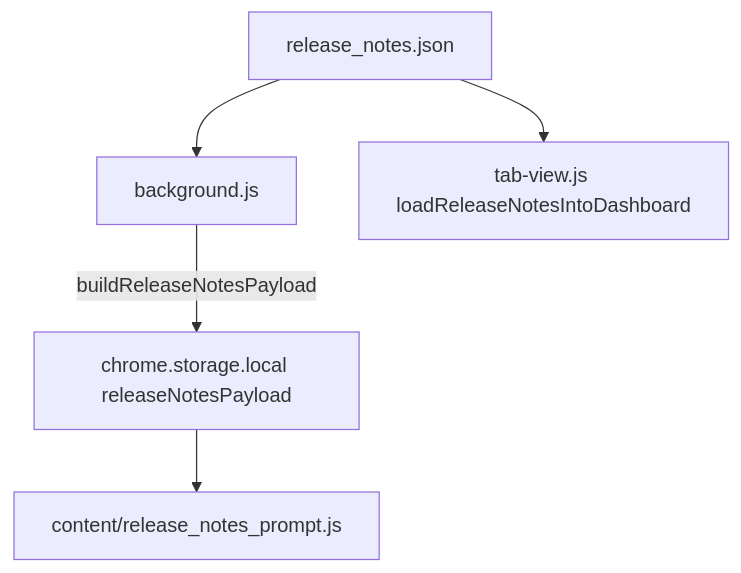
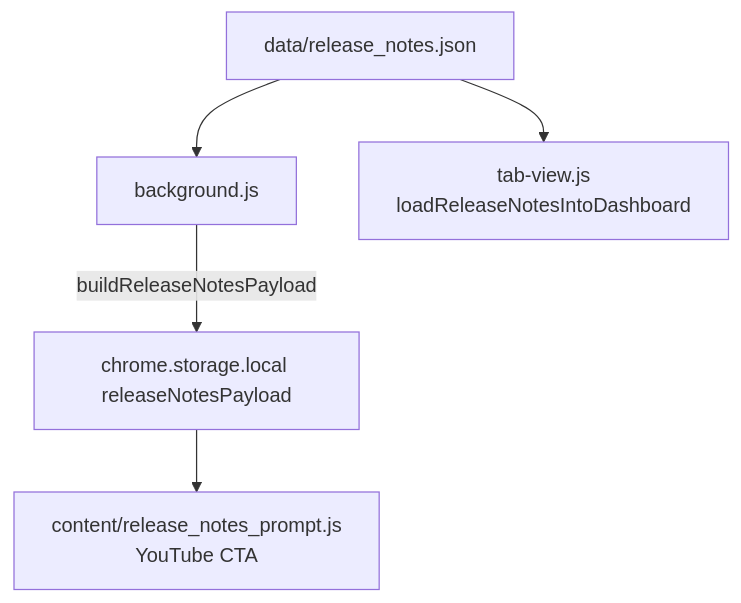
One commit to varshneydevansh/FilterTube changed the fifth of 7 diagrams in docs/TECHNICAL.md. Above: the diagram before and after it, drawn with Mermaid. The commit also changed other lines of this file and 7 other files, not shown here.

````diff
--- a/docs/TECHNICAL.md
+++ b/docs/TECHNICAL.md
@@ -501,7 +523,7 @@
 ```mermaid
 graph TD
-    A[release_notes.json] --> B[background.js]
-    B -->|buildReleaseNotesPayload| C[chrome.storage.local releaseNotesPayload]
-    C --> D[content/release_notes_prompt.js]
-    A --> E[tab-view.js loadReleaseNotesIntoDashboard]
+    RN["data/release_notes.json"] --> BG["background.js"]
+    BG -->|"buildReleaseNotesPayload"| Storage["chrome.storage.local releaseNotesPayload"]
+    Storage --> Banner["content/release_notes_prompt.js<br/>YouTube CTA"]
+    RN --> Dashboard["tab-view.js<br/>loadReleaseNotesIntoDashboard"]
 ```
````
